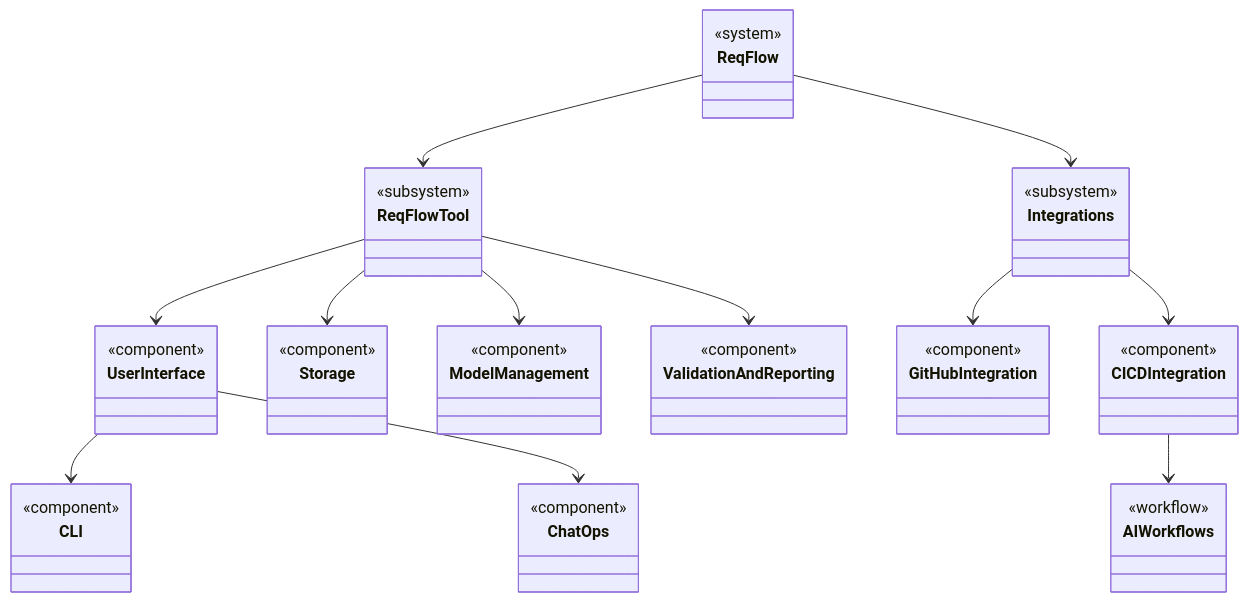
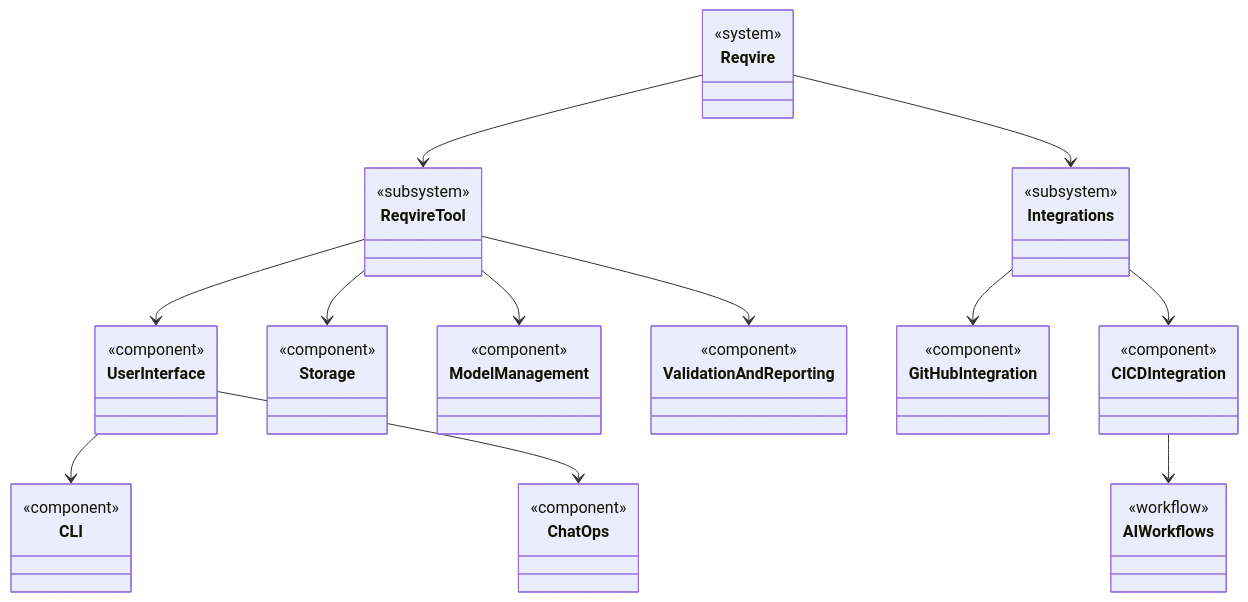
One commit to reqvire-org/reqvire changed the first of 2 diagrams in specifications/PhysicalArchitecture.md. Above: the diagram before and after it, drawn with Mermaid. The commit also changed other lines of this file and 160 other files, not shown here.

````diff
--- a/specifications/PhysicalArchitecture.md
+++ b/specifications/PhysicalArchitecture.md
@@ -9,71 +9,71 @@
 ```mermaid
 classDiagram
-    class ReqFlow {
+    class Reqvire {
         <<system>>
     }
 
-    class ReqFlowTool {
+    class ReqvireTool {
         <<subsystem>>
     }
 
     class UserInterface {
         <<component>>
     }
 
     class CLI {
         <<component>>
     }
     class ChatOps {
         <<component>>
     }    
 
     class ModelManagement {
         <<component>>
     }
 
     class ValidationAndReporting {
         <<component>>
     }
 
     class Integrations {
         <<subsystem>>
     }
 
     class GitHubIntegration {
         <<component>>
     }
 
     class CICDIntegration {
         <<component>>
     }
 
     class AIWorkflows {
         <<workflow>>
     }
 
     class Storage {
         <<component>>
     }
 
  
     %% Hierarchical Relationships
-    ReqFlow --> ReqFlowTool
-    ReqFlow --> Integrations
+    Reqvire --> ReqvireTool
+    Reqvire --> Integrations
     
 
-    ReqFlowTool --> UserInterface
-    ReqFlowTool --> Storage
+    ReqvireTool --> UserInterface
+    ReqvireTool --> Storage
 
     UserInterface--> CLI
     UserInterface--> ChatOps    
 
-    ReqFlowTool --> ModelManagement
-    ReqFlowTool --> ValidationAndReporting
+    ReqvireTool --> ModelManagement
+    ReqvireTool --> ValidationAndReporting
 
     Integrations --> GitHubIntegration
     Integrations --> CICDIntegration
 
     CICDIntegration --> AIWorkflows
 
  
 ```
````
